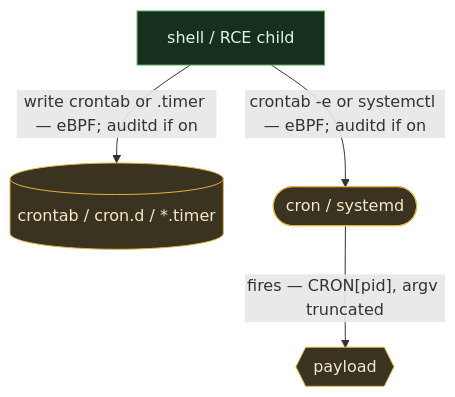
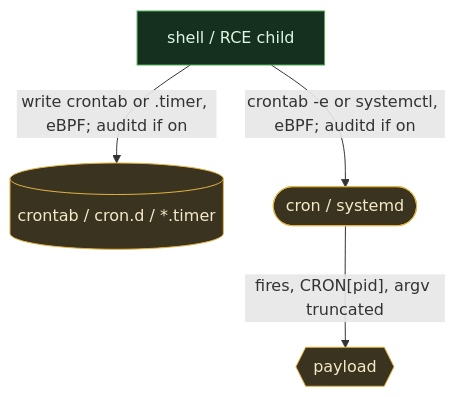
The third of 4 diagrams in src/persistence/02-scheduled.md (iimp0ster/os-internals-de-guide), drawn with Mermaid before and after one commit. The commit also changed other lines of this file and 53 other files, not shown here.

````diff
--- a/src/persistence/02-scheduled.md
+++ b/src/persistence/02-scheduled.md
@@ -81,8 +77,8 @@
 ```mermaid
 flowchart TB
-    P["shell / RCE child"]:::seen -->|"write crontab or .timer — eBPF; auditd if on"| CFG[("crontab / cron.d / *.timer")]:::part
-    P -->|"crontab -e or systemctl — eBPF; auditd if on"| SCH(["cron / systemd"]):::part
-    SCH -->|"fires — CRON[pid], argv truncated"| PAY{{"payload"}}:::part
+    P["shell / RCE child"]:::seen -->|"write crontab or .timer, eBPF; auditd if on"| CFG[("crontab / cron.d / *.timer")]:::part
+    P -->|"crontab -e or systemctl, eBPF; auditd if on"| SCH(["cron / systemd"]):::part
+    SCH -->|"fires, CRON[pid], argv truncated"| PAY{{"payload"}}:::part
     classDef seen fill:#15301f,stroke:#4caf50,color:#dff5e4;
     classDef part fill:#3a3320,stroke:#e2b341,color:#f5e9c8;
 ```
````
